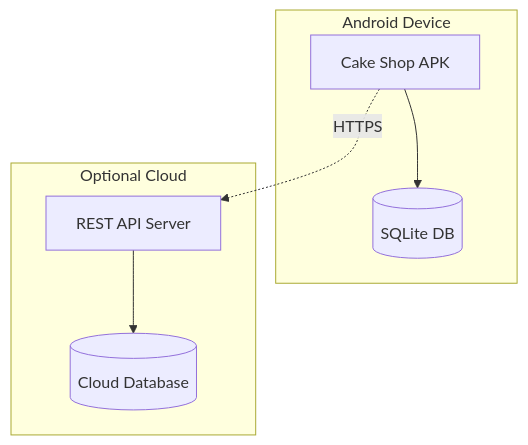
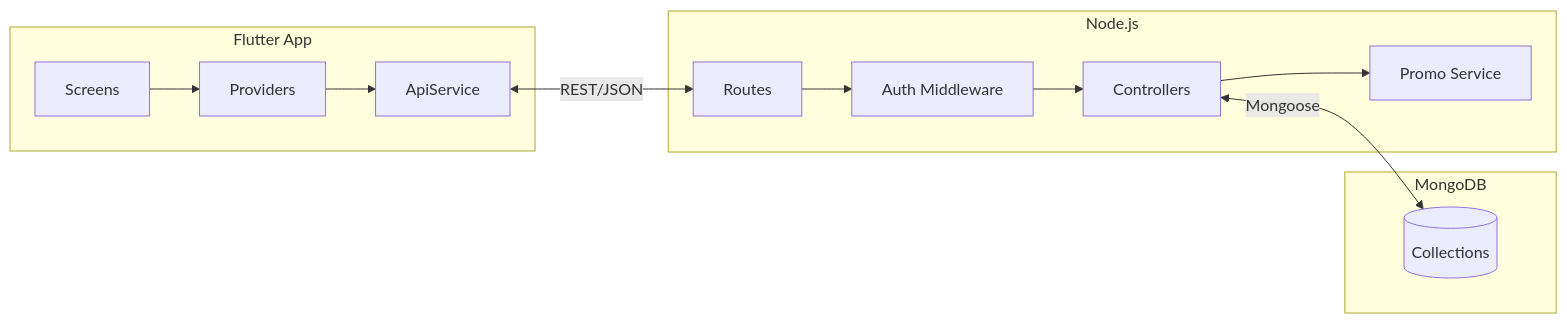
One commit to Saad2607/cake-shop-app changed the seventh of 8 diagrams in docs/05_UML_Diagrams.md. Above: the diagram before and after it, drawn with Mermaid. The commit also changed other lines of this file and 132 other files, not shown here.

````diff
--- a/docs/05_UML_Diagrams.md
+++ b/docs/05_UML_Diagrams.md
@@ -351,16 +234,24 @@
 ```mermaid
-flowchart TB
-    subgraph Client["Android Device"]
-        APK[Cake Shop APK]
-        SQLite[(SQLite DB)]
-        APK --> SQLite
+flowchart LR
+    subgraph Client["Flutter App"]
+        UI[Screens]
+        PR[Providers]
+        API_CLIENT[ApiService]
+        UI --> PR --> API_CLIENT
     end
 
-    subgraph Optional["Optional Cloud"]
-        Server[REST API Server]
-        CloudDB[(Cloud Database)]
-        Server --> CloudDB
+    subgraph Server["Node.js"]
+        ROUTES[Routes]
+        CTRL[Controllers]
+        MW[Auth Middleware]
+        SVC[Promo Service]
+        ROUTES --> MW --> CTRL --> SVC
     end
 
-    APK -.->|HTTPS| Server
+    subgraph Data["MongoDB"]
+        COL[(Collections)]
+    end
+
+    API_CLIENT <-->|REST/JSON| ROUTES
+    CTRL <-->|Mongoose| COL
 ```
````
